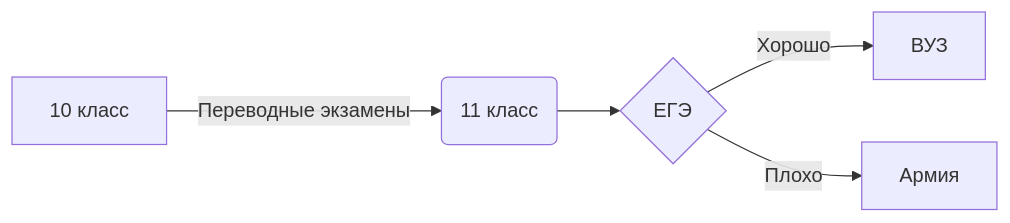
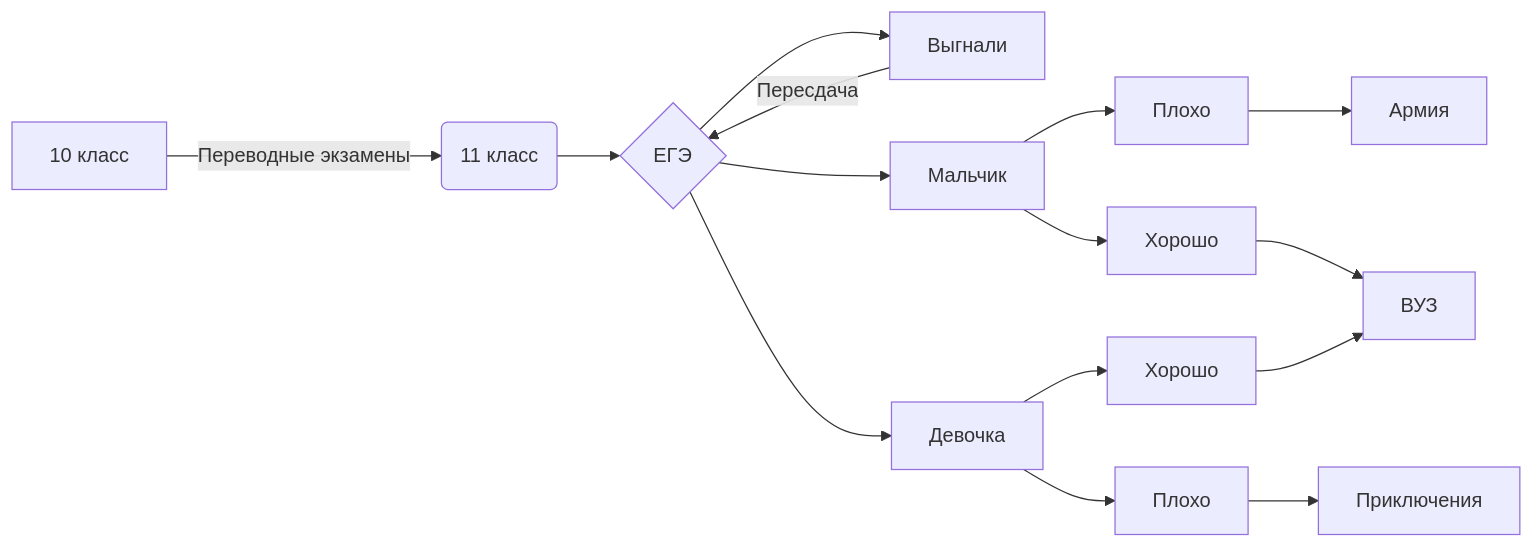
The diagram in README.md (geniusatthemoment/I-am-barbie-girl-in-a-barbie-world), drawn with Mermaid before and after one commit. The commit also changed other lines of this file, not shown here.

````diff
--- a/README.md
+++ b/README.md
@@ -46,9 +47,18 @@
 ```mermaid
 
 flowchart LR
-
-A[10 класс] -->|Переводные экзамены| B(11 класс)
+    A[10 класс] -->|Переводные экзамены| B(11 класс)
 B --> C{ЕГЭ}
-C -->|Хорошо| D[ВУЗ]
-C -->|Плохо| E[Армия]
+C --> R[Выгнали]
+R --> |Пересдача| C
+C --> D[Мальчик]
+C --> E[Девочка]
+D --> F[Плохо]
+D --> G[Хорошо]
+F --> Q[Армия]
+G --> P[ВУЗ]
+E --> K[Хорошо]
+E --> W[Плохо]
+K --> P[ВУЗ]
+W --> O[Приключения]
 ```
````
